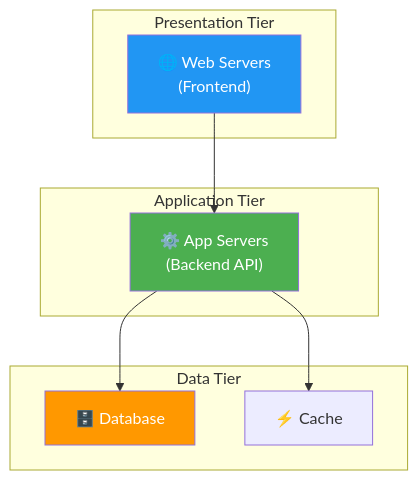
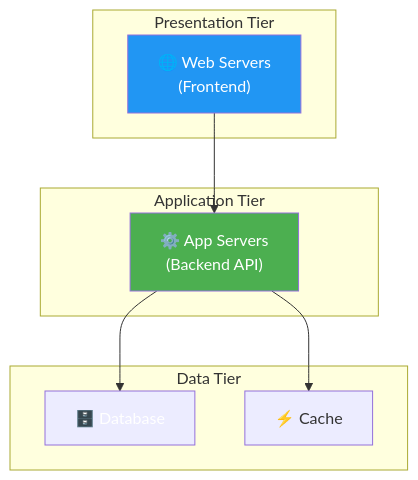
One commit to VBlackJack/ShellBook changed diagram 11 of 14 in docs/formations/cloud-fundamentals/05-module.md. Above: the diagram before and after it, drawn with Mermaid. The commit also changed other lines of this file and 337 other files, not shown here.

First line of the commit message:
refactor(docs): Standardize code blocks and Mermaid colors

````diff
--- a/docs/formations/cloud-fundamentals/05-module.md
+++ b/docs/formations/cloud-fundamentals/05-module.md
@@ -322,23 +322,23 @@
 ```mermaid
 graph TB
     subgraph "Presentation Tier"
         WEB["🌐 Web Servers<br/>(Frontend)"]
     end
 
     subgraph "Application Tier"
         APP["⚙️ App Servers<br/>(Backend API)"]
     end
 
     subgraph "Data Tier"
         DB["🗄️ Database"]
         CACHE["⚡ Cache"]
     end
 
     WEB --> APP
     APP --> DB
     APP --> CACHE
 
     style WEB fill:#2196f3,color:#fff
     style APP fill:#4caf50,color:#fff
-    style DB fill:#ff9800,color:#fff
+    style DB fill:#FF9800800800,color:#fff
 ```
````
